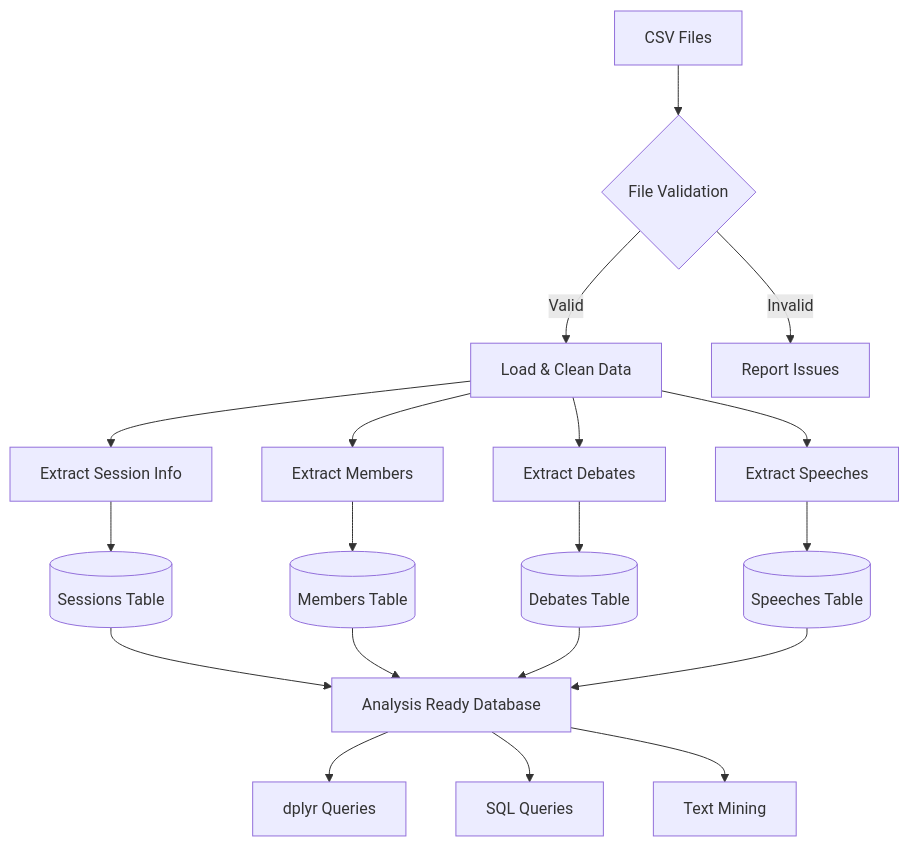
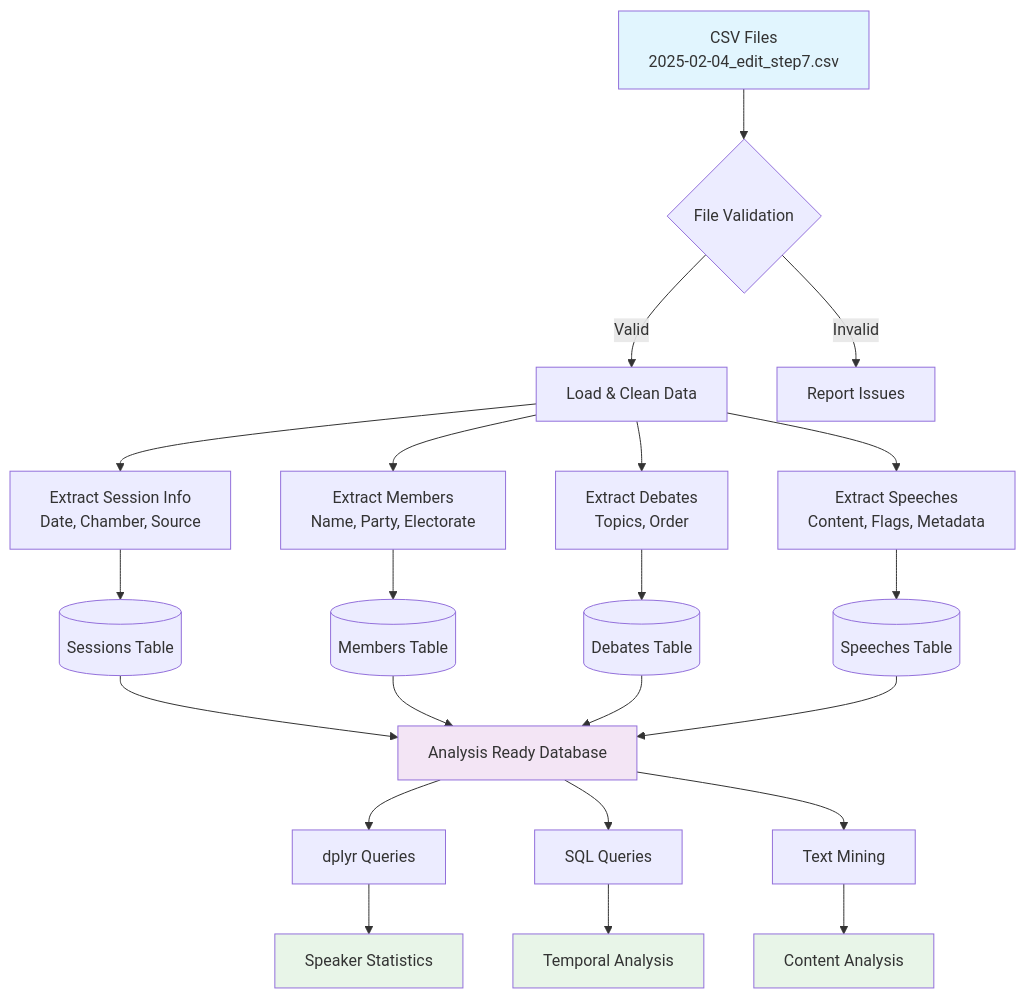
One commit to Australian-Parliamentary-Speech/hansardR changed the second of 2 diagrams in README.Rmd. Above: the diagram before and after it, drawn with Mermaid. The commit also changed other lines of this file and 2 other files, not shown here.

Commit message:
Revert schema

````diff
--- a/README.Rmd
+++ b/README.Rmd
@@ -169,25 +209,36 @@
 ```mermaid
 flowchart TD
-    A[CSV Files] --> B{File Validation}
+
+    A[CSV Files<br/>2025-02-04_edit_step7.csv] --> B{File Validation}
     B -->|Valid| C[Load & Clean Data]
     B -->|Invalid| D[Report Issues]
     
-    C --> E[Extract Session Info]
-    C --> F[Extract Members]
-    C --> G[Extract Debates]
-    C --> H[Extract Speeches]
+    C --> E[Extract Session Info<br/>Date, Chamber, Source]
+    C --> F[Extract Members<br/>Name, Party, Electorate]
+    C --> G[Extract Debates<br/>Topics, Order]
+    C --> H[Extract Speeches<br/>Content, Flags, Metadata]
     
     E --> I[(Sessions Table)]
     F --> J[(Members Table)]
     G --> K[(Debates Table)]
     H --> L[(Speeches Table)]
     
     I --> M[Analysis Ready Database]
     J --> M
     K --> M
     L --> M
     
     M --> N[dplyr Queries]
     M --> O[SQL Queries]
     M --> P[Text Mining]
+    
+    N --> Q[Speaker Statistics]
+    O --> R[Temporal Analysis]
+    P --> S[Content Analysis]
+    
+    style A fill:#e1f5fe
+    style M fill:#f3e5f5
+    style Q fill:#e8f5e8
+    style R fill:#e8f5e8
+    style S fill:#e8f5e8
 ```
````
